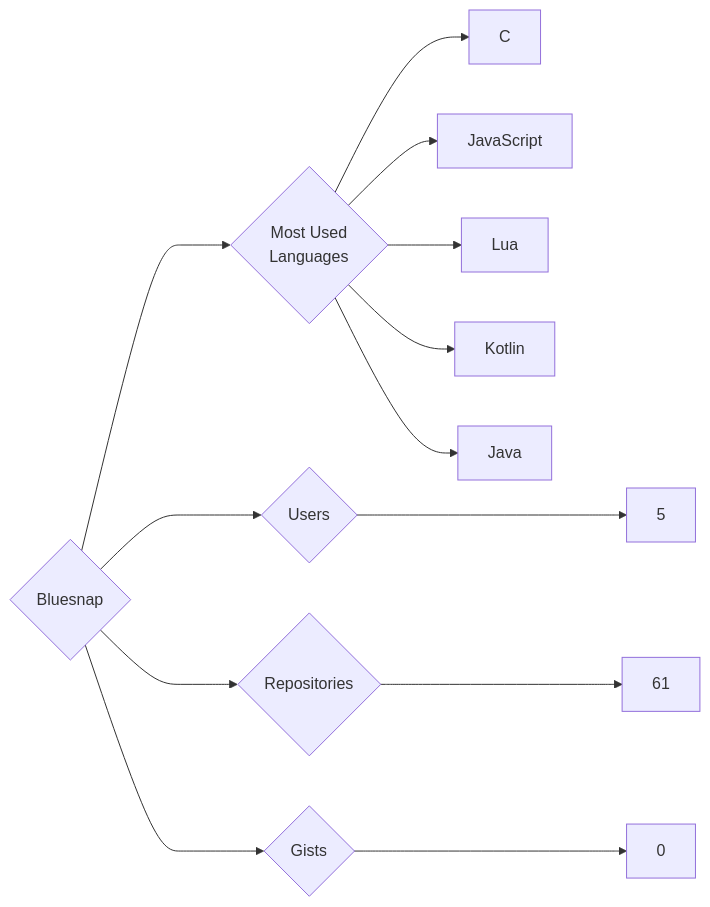
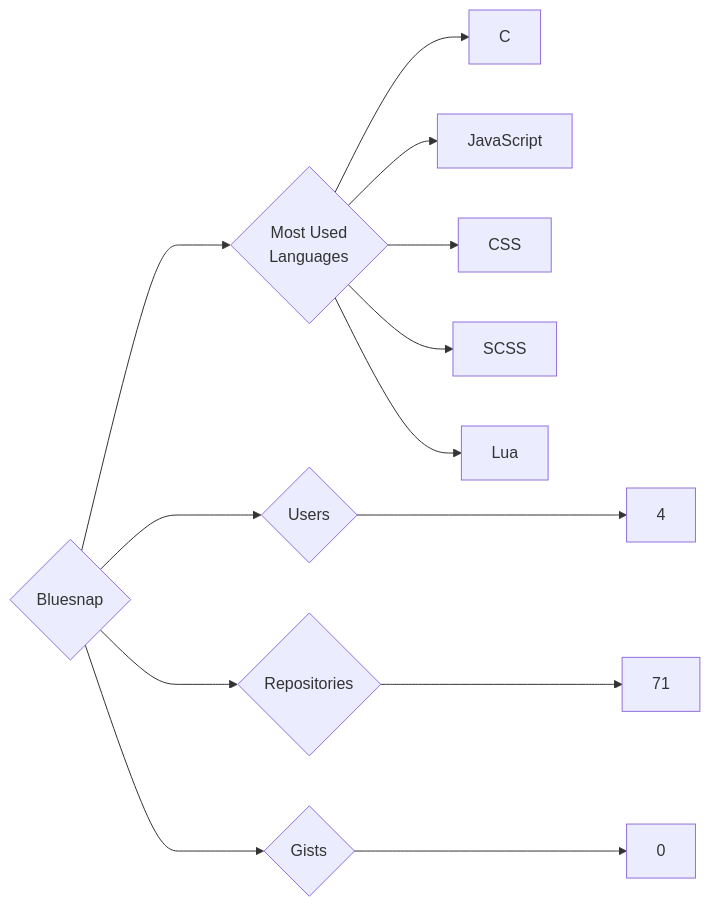
One commit to trickest/insiders changed the diagram in targets/Bluesnap/README.md. Above: the diagram before and after it, drawn with Mermaid. The commit also changed 847 other files, not shown here.

````diff
--- a/targets/Bluesnap/README.md
+++ b/targets/Bluesnap/README.md
@@ -3,13 +3,13 @@
 ```mermaid
 graph LR
 COMPANY_NAME{Bluesnap}
-COMPANY_NAME ---> U{Users} ---> UN[5]
-COMPANY_NAME ---> R{Repositories} ---> RN[61]
+COMPANY_NAME ---> U{Users} ---> UN[4]
+COMPANY_NAME ---> R{Repositories} ---> RN[71]
 COMPANY_NAME ---> G{Gists} ---> GN[0]
 COMPANY_NAME ---> ML{Most Used<br>Languages}
 ML --> C[C]
 ML --> JavaScript[JavaScript]
+ML --> CSS[CSS]
+ML --> SCSS[SCSS]
 ML --> Lua[Lua]
-ML --> Kotlin[Kotlin]
-ML --> Java[Java]
 ```
````
